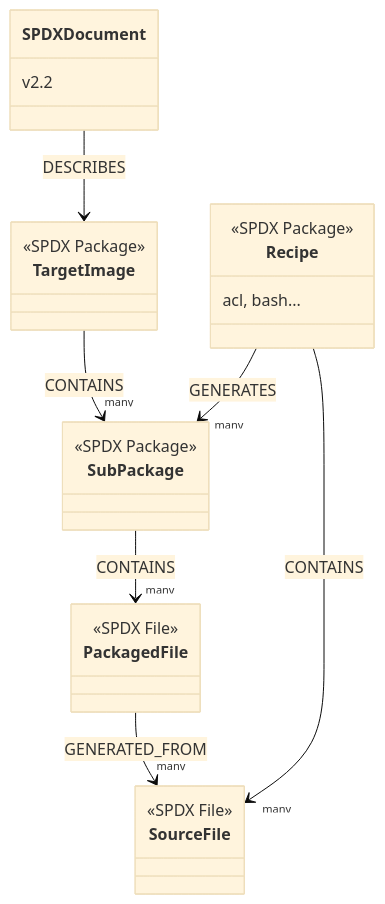
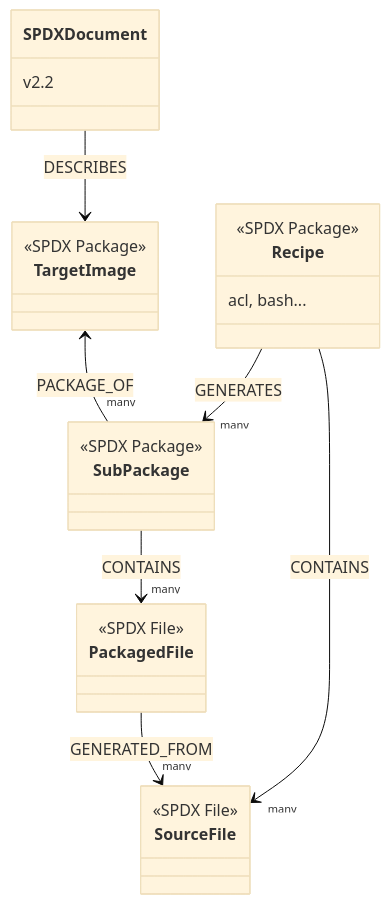
Before and after one commit to doubleopen-project/meta-doubleopen: the diagram in spdx.mmd, drawn with Mermaid (base theme). The commit also changed 1 other file, not shown here.

Commit message:
docs: update spdx diagram

```diff
--- a/spdx.mmd
+++ b/spdx.mmd
@@ -1,26 +1,26 @@
 classDiagram
     SPDXDocument --> TargetImage : DESCRIBES
-    TargetImage --> "many" SubPackage : CONTAINS
+    TargetImage <-- "many" SubPackage : PACKAGE_OF
     Recipe --> "many" SubPackage : GENERATES
     Recipe --> "many" SourceFile : CONTAINS
     SubPackage --> "many" PackagedFile : CONTAINS
     PackagedFile --> "many" SourceFile : GENERATED_FROM
     class SPDXDocument{
         v2.2
     }
     class TargetImage{
         <<SPDX Package>>
     }
     class Recipe{
         <<SPDX Package>>
         acl, bash...
     }
     class SubPackage{
         <<SPDX Package>>
     }
     class SourceFile{
         <<SPDX File>>
     }
     class PackagedFile{
         <<SPDX File>>
     }
```
